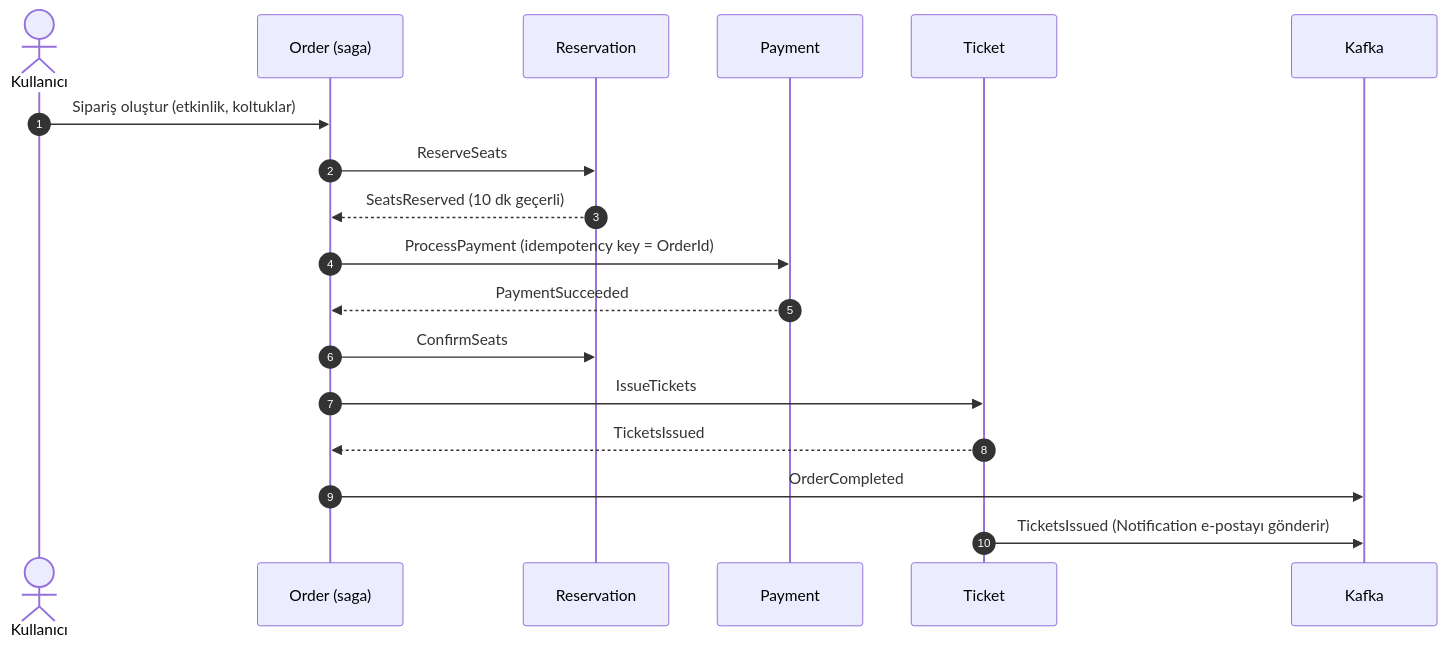
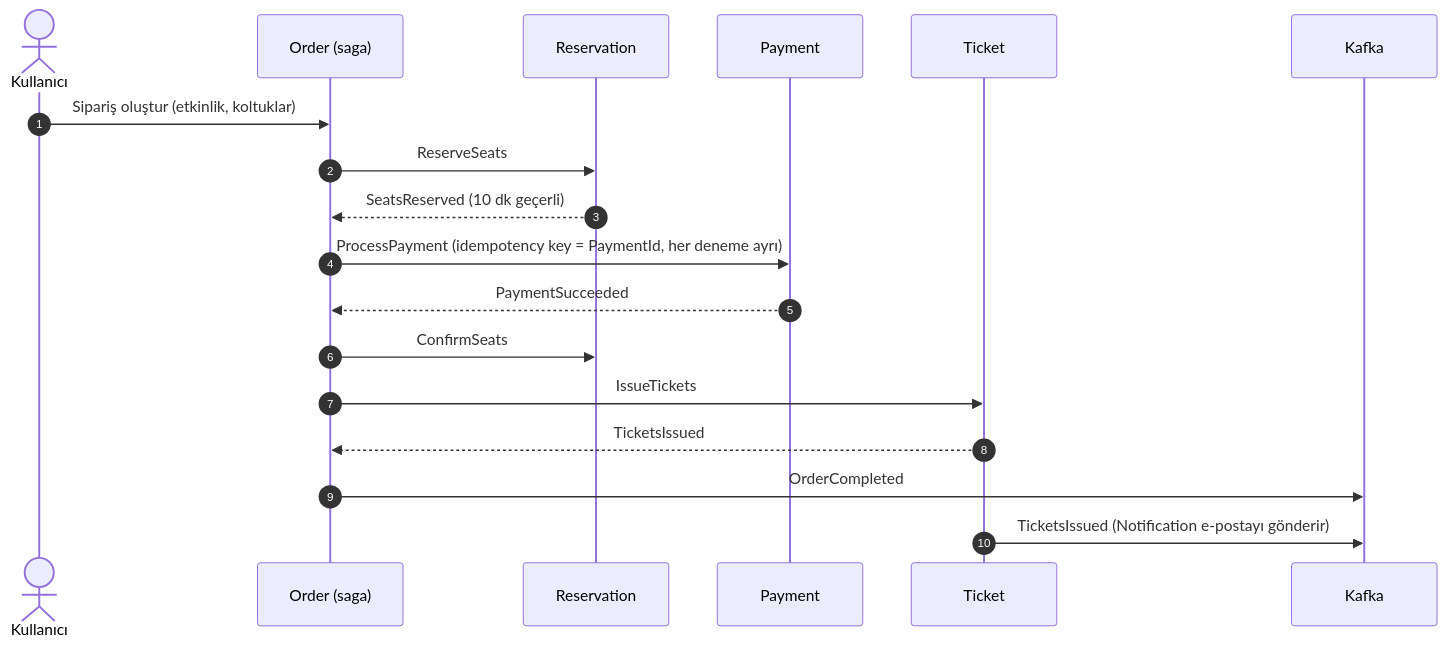
One commit to ahmetguvendik/Gise changed the fourth of 6 diagrams in docs/tasarim.md. Above: the diagram before and after it, drawn with Mermaid. The commit also changed other lines of this file and 85 other files, not shown here.

First line of the commit message:
Payment: ödeme adımı (kart Order'dan, test sağlayıcısı, iade); ödeme alınınca koltuklar satılır

````diff
--- a/docs/tasarim.md
+++ b/docs/tasarim.md
@@ -280,21 +283,21 @@
 ```mermaid
 sequenceDiagram
     autonumber
     actor U as Kullanıcı
     participant O as Order (saga)
     participant R as Reservation
     participant P as Payment
     participant T as Ticket
     participant K as Kafka
 
     U->>O: Sipariş oluştur (etkinlik, koltuklar)
     O->>R: ReserveSeats
     R-->>O: SeatsReserved (10 dk geçerli)
-    O->>P: ProcessPayment (idempotency key = OrderId)
+    O->>P: ProcessPayment (idempotency key = PaymentId, her deneme ayrı)
     P-->>O: PaymentSucceeded
     O->>R: ConfirmSeats
     O->>T: IssueTickets
     T-->>O: TicketsIssued
     O->>K: OrderCompleted
     T->>K: TicketsIssued (Notification e-postayı gönderir)
 ```
````
